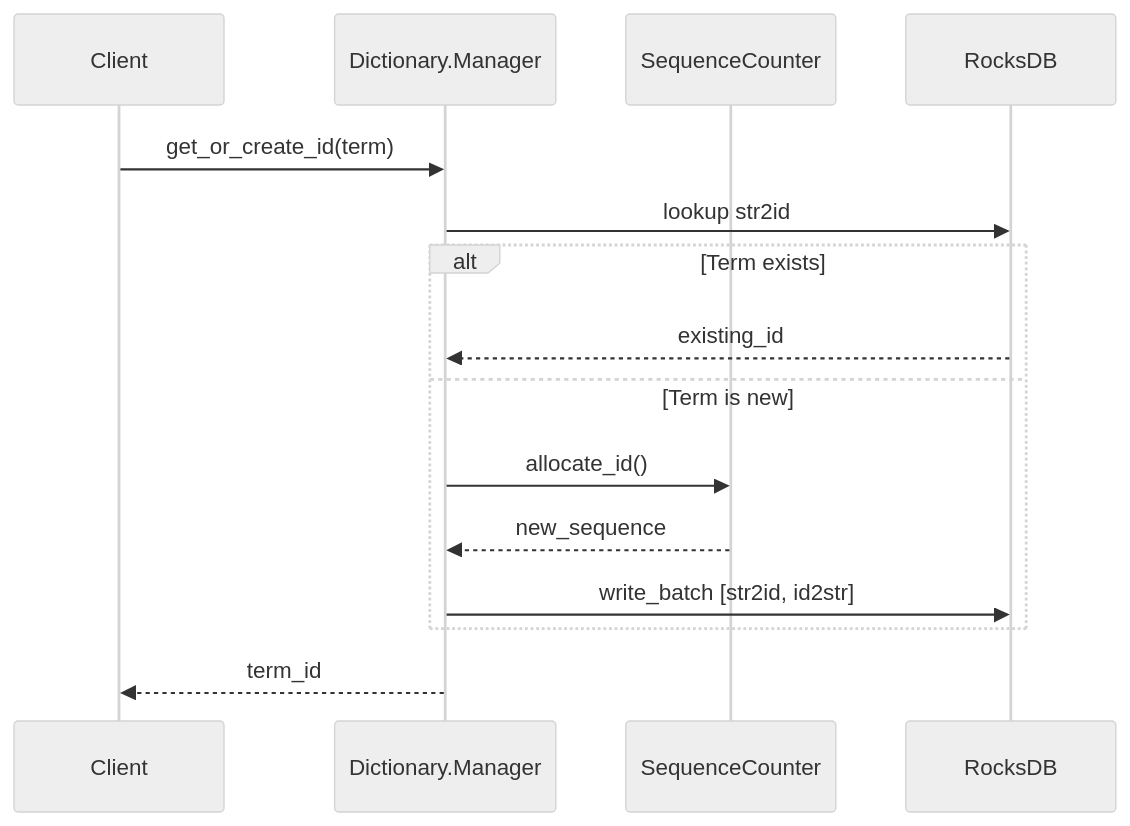
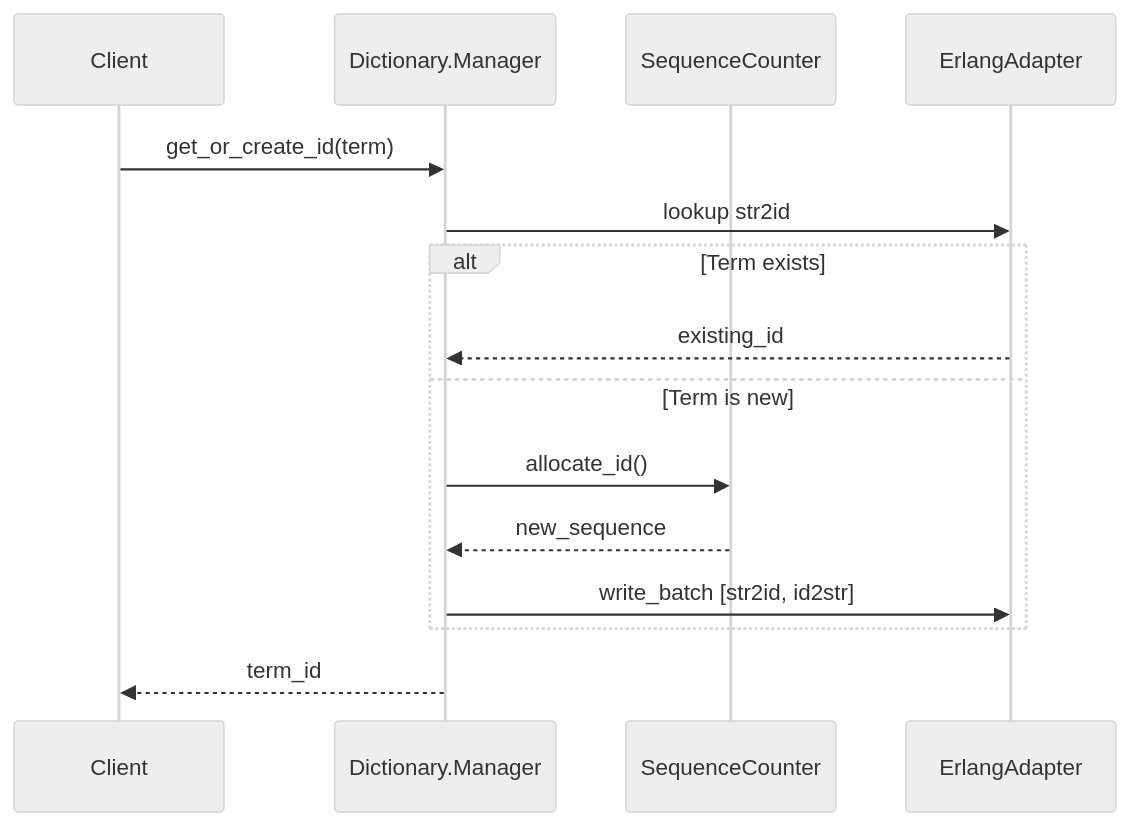
Before and after one commit to pcharbon70/triple_store: the third of 4 diagrams in guides/developer/01-storage-layer.md, drawn with Mermaid (neutral theme). The commit also changed other lines of this file and 2 other files, not shown here.

First line of the commit message:
Update developer guides for erlang-rocksdb architecture

````diff
--- a/guides/developer/01-storage-layer.md
+++ b/guides/developer/01-storage-layer.md
@@ -182,18 +225,18 @@
 ```mermaid
 sequenceDiagram
     participant Client
     participant Manager as Dictionary.Manager
     participant Counter as SequenceCounter
-    participant DB as RocksDB
+    participant Adapter as ErlangAdapter
 
     Client->>Manager: get_or_create_id(term)
-    Manager->>DB: lookup str2id
+    Manager->>Adapter: lookup str2id
     alt Term exists
-        DB-->>Manager: existing_id
+        Adapter-->>Manager: existing_id
     else Term is new
         Manager->>Counter: allocate_id()
         Counter-->>Manager: new_sequence
-        Manager->>DB: write_batch [str2id, id2str]
+        Manager->>Adapter: write_batch [str2id, id2str]
     end
     Manager-->>Client: term_id
 ```
````
